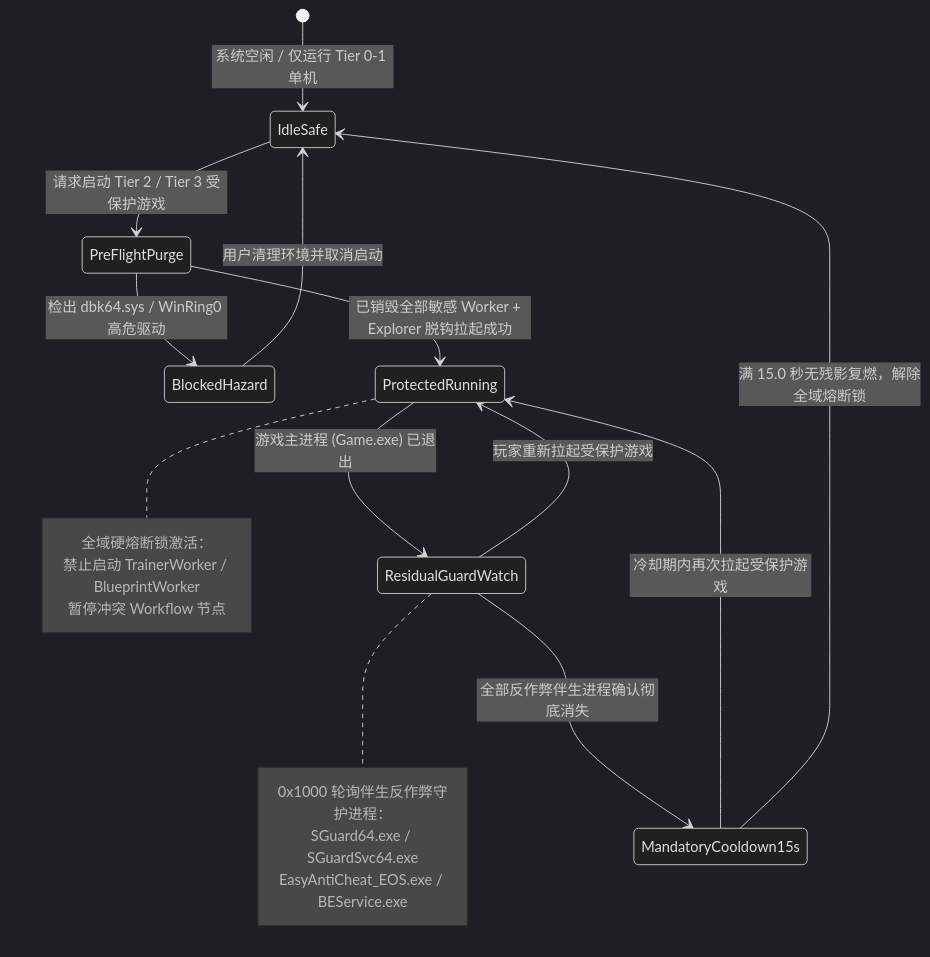
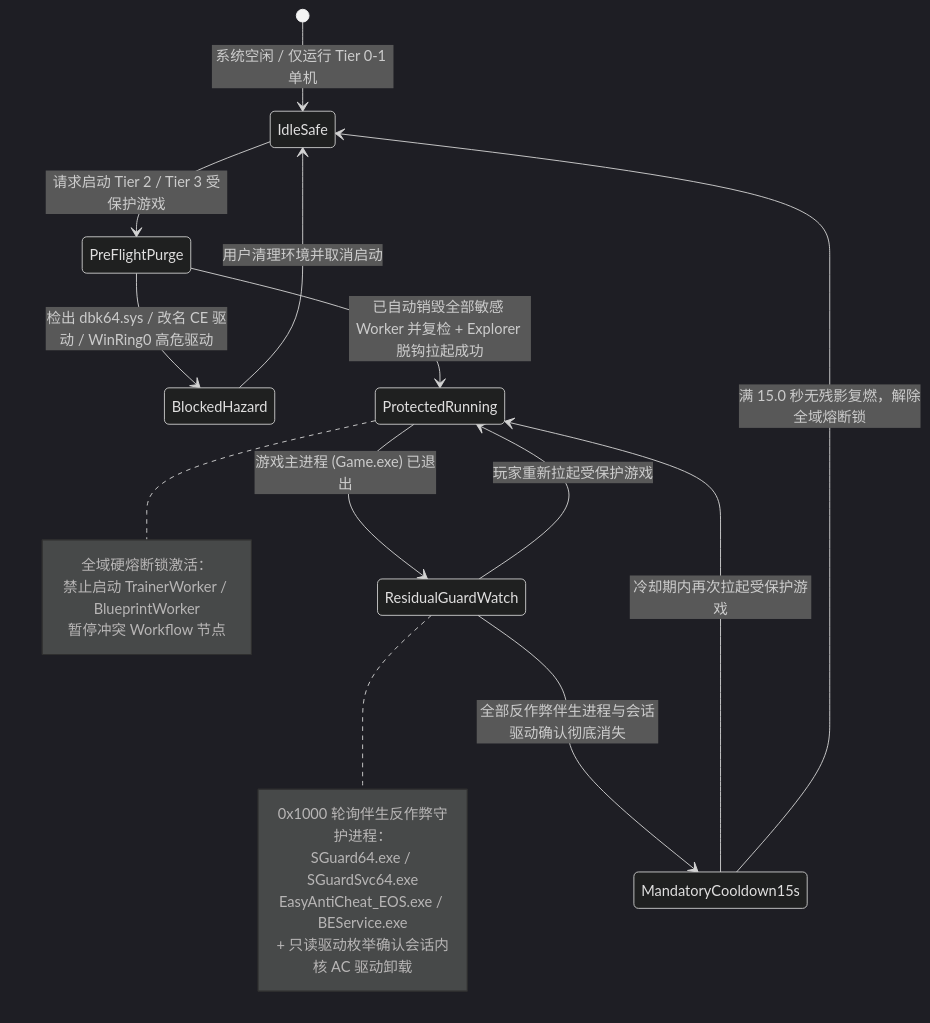
Before and after one commit to chialecode/spawn: the diagram in docs/design/ipc-and-security-contracts.md, drawn with Mermaid (dark theme). The commit also changed other lines of this file and 196 other files, not shown here.

````diff
--- a/docs/design/ipc-and-security-contracts.md
+++ b/docs/design/ipc-and-security-contracts.md
@@ -143,28 +127,29 @@
 ```mermaid
 stateDiagram-v2
     [*] --> IdleSafe : 系统空闲 / 仅运行 Tier 0-1 单机
 
     IdleSafe --> PreFlightPurge : 请求启动 Tier 2 / Tier 3 受保护游戏
-    PreFlightPurge --> BlockedHazard : 检出 dbk64.sys / WinRing0 高危驱动
+    PreFlightPurge --> BlockedHazard : 检出 dbk64.sys / 改名 CE 驱动 / WinRing0 高危驱动
     BlockedHazard --> IdleSafe : 用户清理环境并取消启动
 
-    PreFlightPurge --> ProtectedRunning : 已销毁全部敏感 Worker + Explorer 脱钩拉起成功
+    PreFlightPurge --> ProtectedRunning : 已自动销毁全部敏感 Worker 并复检 + Explorer 脱钩拉起成功
     note right of ProtectedRunning
         全域硬熔断锁激活：
         禁止启动 TrainerWorker / BlueprintWorker
         暂停冲突 Workflow 节点
     end note
 
     ProtectedRunning --> ResidualGuardWatch : 游戏主进程 (Game.exe) 已退出
     note right of ResidualGuardWatch
         0x1000 轮询伴生反作弊守护进程：
         SGuard64.exe / SGuardSvc64.exe
         EasyAntiCheat_EOS.exe / BEService.exe
+        + 只读驱动枚举确认会话内核 AC 驱动卸载
     end note
 
     ResidualGuardWatch --> ProtectedRunning : 玩家重新拉起受保护游戏
-    ResidualGuardWatch --> MandatoryCooldown15s : 全部反作弊伴生进程确认彻底消失
+    ResidualGuardWatch --> MandatoryCooldown15s : 全部反作弊伴生进程与会话驱动确认彻底消失
 
     MandatoryCooldown15s --> ProtectedRunning : 冷却期内再次拉起受保护游戏
     MandatoryCooldown15s --> IdleSafe : 满 15.0 秒无残影复燃，解除全域熔断锁
 ```
````
